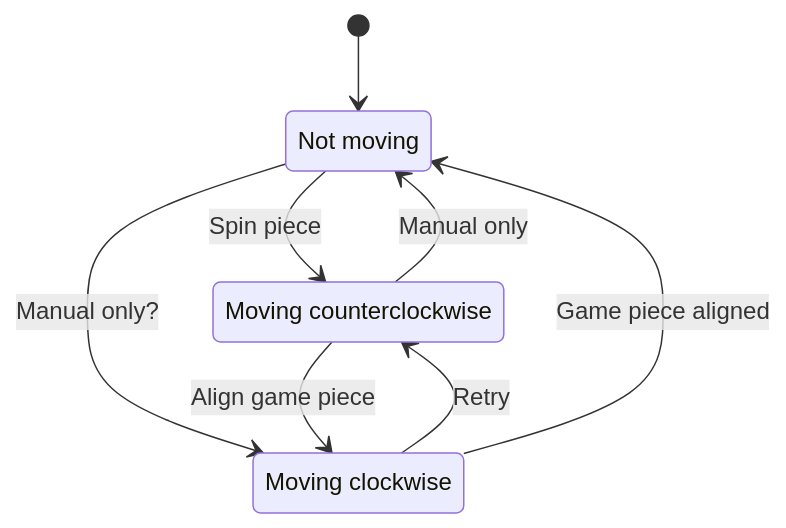
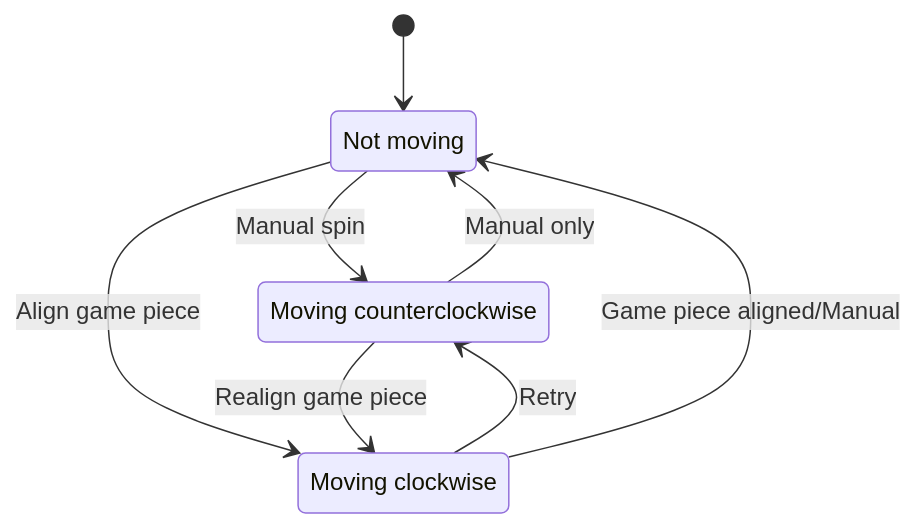
One commit to FRCTeam2992/Robot2023 changed the third of 5 diagrams in docs/state_diagrams.md. Above: the diagram before and after it, drawn with Mermaid. The commit also changed other lines of this file and 3 other files, not shown here.

Commit message:
Updates to bot documentation, including changes to state diagrams and new subsystems and command sequences docs

````diff
--- a/docs/state_diagrams.md
+++ b/docs/state_diagrams.md
@@ -69,14 +72,14 @@
 ```mermaid
 stateDiagram-v2
     off: Not moving
     ccw: Moving counterclockwise
     cw: Moving clockwise
 
     [*] --> off
-    off --> ccw: Spin piece
-    off --> cw: Manual only?
-    ccw --> cw: Align game piece
+    off --> ccw: Manual spin
+    off --> cw: Align game piece
+    ccw --> cw: Realign game piece
     cw --> ccw: Retry
     ccw --> off: Manual only
-    cw --> off: Game piece aligned
+    cw --> off: Game piece aligned/Manual
 ```
````
